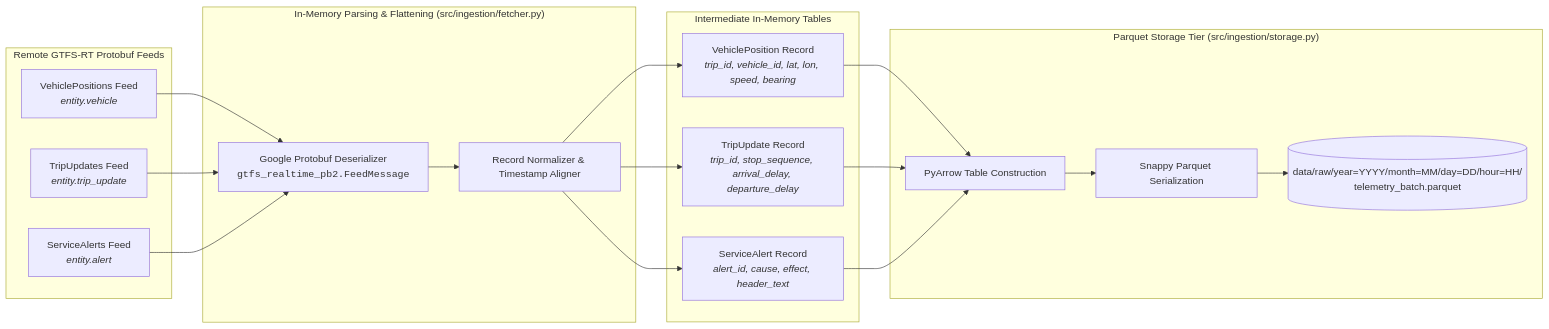
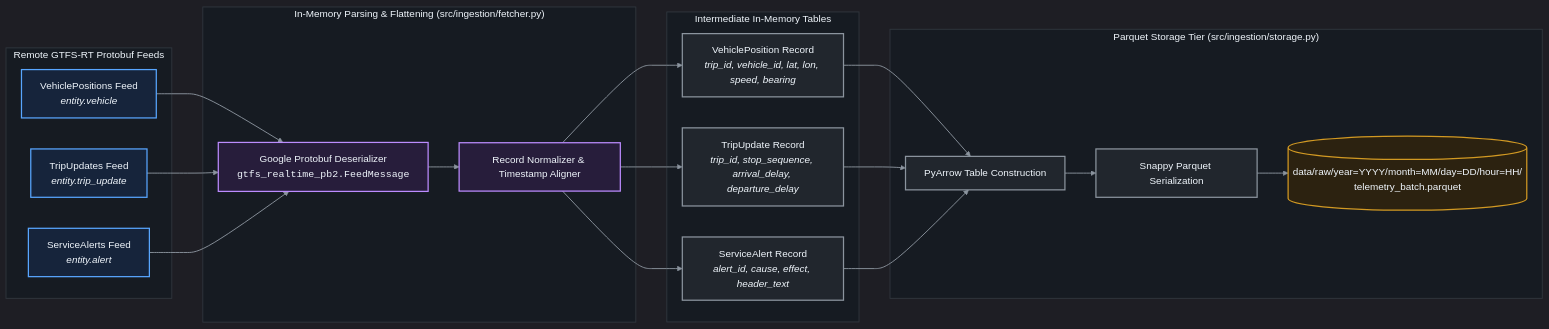
The first of 2 diagrams in architect/legacy_pipeline/data_flow.md (giangh14cqt/warsaw-public-transport-monitor), drawn with Mermaid before and after one commit. The commit also changed other lines of this file and 9 other files, not shown here.

First line of the commit message:
style(architect): optimize all Mermaid diagrams for GitHub dark theme readability

````diff
--- a/architect/legacy_pipeline/data_flow.md
+++ b/architect/legacy_pipeline/data_flow.md
@@ -9,40 +9,76 @@
 ```mermaid
+%%{init: {
+  'theme': 'dark',
+  'themeVariables': {
+    'darkMode': true,
+    'background': '#0d1117',
+    'mainBkg': '#161b22',
+    'primaryColor': '#1f2937',
+    'primaryTextColor': '#f0f6fc',
+    'primaryBorderColor': '#58a6ff',
+    'lineColor': '#8b949e',
+    'secondaryColor': '#161b22',
+    'tertiaryColor': '#21262d',
+    'clusterBkg': '#161b22',
+    'clusterBorder': '#30363d',
+    'edgeLabelBackground': '#161b22'
+  }
+}}%%
 flowchart LR
     subgraph RemoteEndpoints ["Remote GTFS-RT Protobuf Feeds"]
         VP_Feed["VehiclePositions Feed<br/><i>entity.vehicle</i>"]
         TU_Feed["TripUpdates Feed<br/><i>entity.trip_update</i>"]
         SA_Feed["ServiceAlerts Feed<br/><i>entity.alert</i>"]
     end
 
     subgraph Normalization ["In-Memory Parsing & Flattening (src/ingestion/fetcher.py)"]
         Parser["Google Protobuf Deserializer<br/><code>gtfs_realtime_pb2.FeedMessage</code>"]
         Flattener["Record Normalizer & Timestamp Aligner"]
     end
 
     subgraph EntityTables ["Intermediate In-Memory Tables"]
         VP_Rec["VehiclePosition Record<br/><i>trip_id, vehicle_id, lat, lon, speed, bearing</i>"]
         TU_Rec["TripUpdate Record<br/><i>trip_id, stop_sequence, arrival_delay, departure_delay</i>"]
         SA_Rec["ServiceAlert Record<br/><i>alert_id, cause, effect, header_text</i>"]
     end
 
     subgraph PartitionTier ["Parquet Storage Tier (src/ingestion/storage.py)"]
         ArrowTable["PyArrow Table Construction"]
         SnappyWriter["Snappy Parquet Serialization"]
         DiskFile[("data/raw/year=YYYY/month=MM/day=DD/hour=HH/<br/>telemetry_batch.parquet")]
     end
 
     VP_Feed --> Parser
     TU_Feed --> Parser
     SA_Feed --> Parser
 
     Parser --> Flattener
     Flattener --> VP_Rec
     Flattener --> TU_Rec
     Flattener --> SA_Rec
 
     VP_Rec --> ArrowTable
     TU_Rec --> ArrowTable
     SA_Rec --> ArrowTable
 
     ArrowTable --> SnappyWriter --> DiskFile
+
+    %% Subgraph Styling
+    style RemoteEndpoints fill:#161b22,stroke:#30363d,stroke-width:1.5px,color:#f0f6fc
+    style Normalization fill:#161b22,stroke:#30363d,stroke-width:1.5px,color:#f0f6fc
+    style EntityTables fill:#161b22,stroke:#30363d,stroke-width:1.5px,color:#f0f6fc
+    style PartitionTier fill:#161b22,stroke:#30363d,stroke-width:1.5px,color:#f0f6fc
+
+    %% Node Styling
+    classDef remoteNode fill:#16243b,stroke:#58a6ff,stroke-width:2px,color:#f0f6fc;
+    classDef parseNode fill:#271d3b,stroke:#bc8cff,stroke-width:2px,color:#f0f6fc;
+    classDef tableNode fill:#21262d,stroke:#8b949e,stroke-width:2px,color:#f0f6fc;
+    classDef storeNode fill:#2c2210,stroke:#d29922,stroke-width:2px,color:#f0f6fc;
+
+    linkStyle default stroke:#8b949e,stroke-width:1.5px;
+
+    class VP_Feed,TU_Feed,SA_Feed remoteNode;
+    class Parser,Flattener parseNode;
+    class VP_Rec,TU_Rec,SA_Rec,ArrowTable,SnappyWriter tableNode;
+    class DiskFile storeNode;
 ```
````
